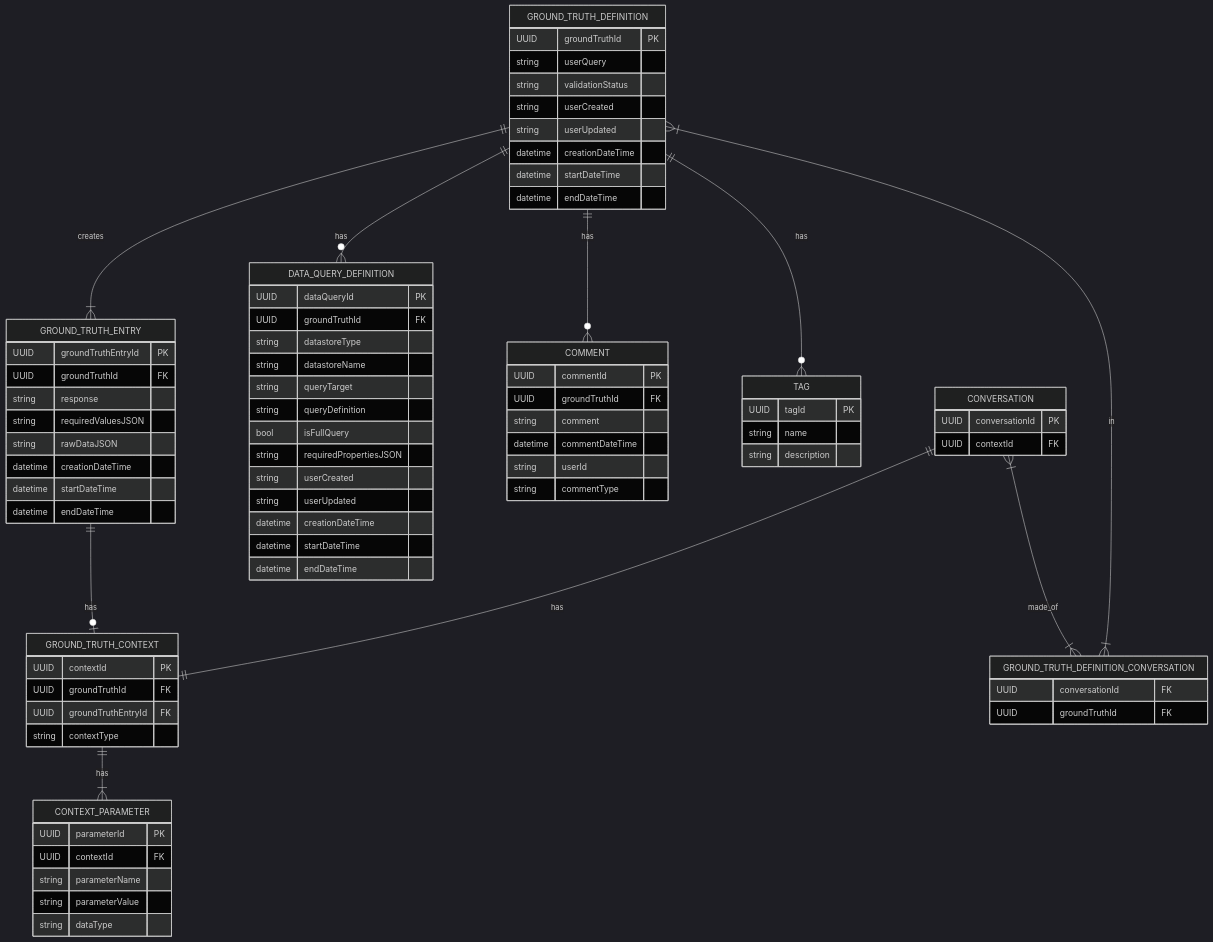
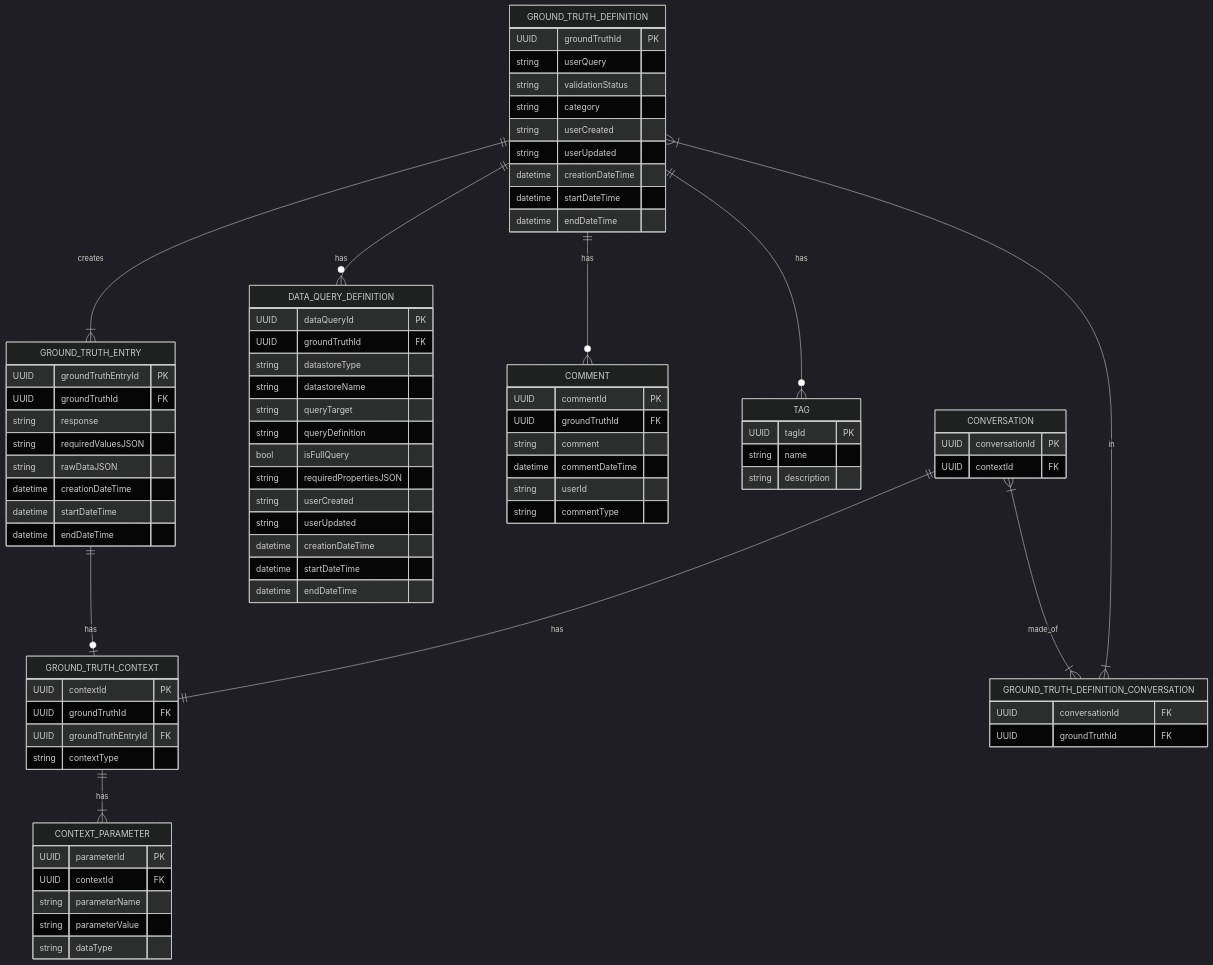
One commit to veritaserum27/Ground-Truth-Curation-App changed the diagram in docs/GroundTruthERD.md. Above: the diagram before and after it, drawn with Mermaid (dark theme). The commit also changed other lines of this file, not shown here.

Commit message:
Update ERD

````diff
--- a/docs/GroundTruthERD.md
+++ b/docs/GroundTruthERD.md
@@ -13,81 +13,82 @@
 ```mermaid
 erDiagram
     GROUND_TRUTH_DEFINITION ||--|{ GROUND_TRUTH_ENTRY : creates
     GROUND_TRUTH_DEFINITION ||--o{ DATA_QUERY_DEFINITION : has
     GROUND_TRUTH_DEFINITION ||--o{ COMMENT : has
     GROUND_TRUTH_DEFINITION ||--o{ TAG : has
     GROUND_TRUTH_CONTEXT ||--|{ CONTEXT_PARAMETER : has
     GROUND_TRUTH_ENTRY ||--o| GROUND_TRUTH_CONTEXT : has
     CONVERSATION ||--|| GROUND_TRUTH_CONTEXT : has
     CONVERSATION }|--|{ GROUND_TRUTH_DEFINITION_CONVERSATION : made_of
     GROUND_TRUTH_DEFINITION }|--|{ GROUND_TRUTH_DEFINITION_CONVERSATION : in
     GROUND_TRUTH_DEFINITION {
         UUID groundTruthId PK
         string userQuery
         string validationStatus
+        string category
         string userCreated
         string userUpdated
         datetime creationDateTime
         datetime startDateTime
         datetime endDateTime
     }
     GROUND_TRUTH_ENTRY {
         UUID groundTruthEntryId PK
         UUID groundTruthId FK
         string response
         string requiredValuesJSON
         string rawDataJSON
         datetime creationDateTime
         datetime startDateTime
         datetime endDateTime
     }
     DATA_QUERY_DEFINITION {
         UUID dataQueryId PK
         UUID groundTruthId FK
         string datastoreType
         string datastoreName
         string queryTarget
         string queryDefinition
         bool isFullQuery
         string requiredPropertiesJSON
         string userCreated
         string userUpdated
         datetime creationDateTime
         datetime startDateTime
         datetime endDateTime
     }
     GROUND_TRUTH_CONTEXT {
         UUID contextId PK
         UUID groundTruthId FK
         UUID groundTruthEntryId FK
         string contextType
     }
     CONTEXT_PARAMETER {
         UUID parameterId PK
         UUID contextId FK
         string parameterName
         string parameterValue
         string dataType
     }
     COMMENT {
         UUID commentId PK
         UUID groundTruthId FK
         string comment
         datetime commentDateTime
         string userId
         string commentType
     }
     TAG {
         UUID tagId PK
         string name
         string description
     }
     CONVERSATION {
         UUID conversationId PK
         UUID contextId FK
     }
     GROUND_TRUTH_DEFINITION_CONVERSATION {
         UUID conversationId FK
         UUID groundTruthId FK
     }
 ```
````
